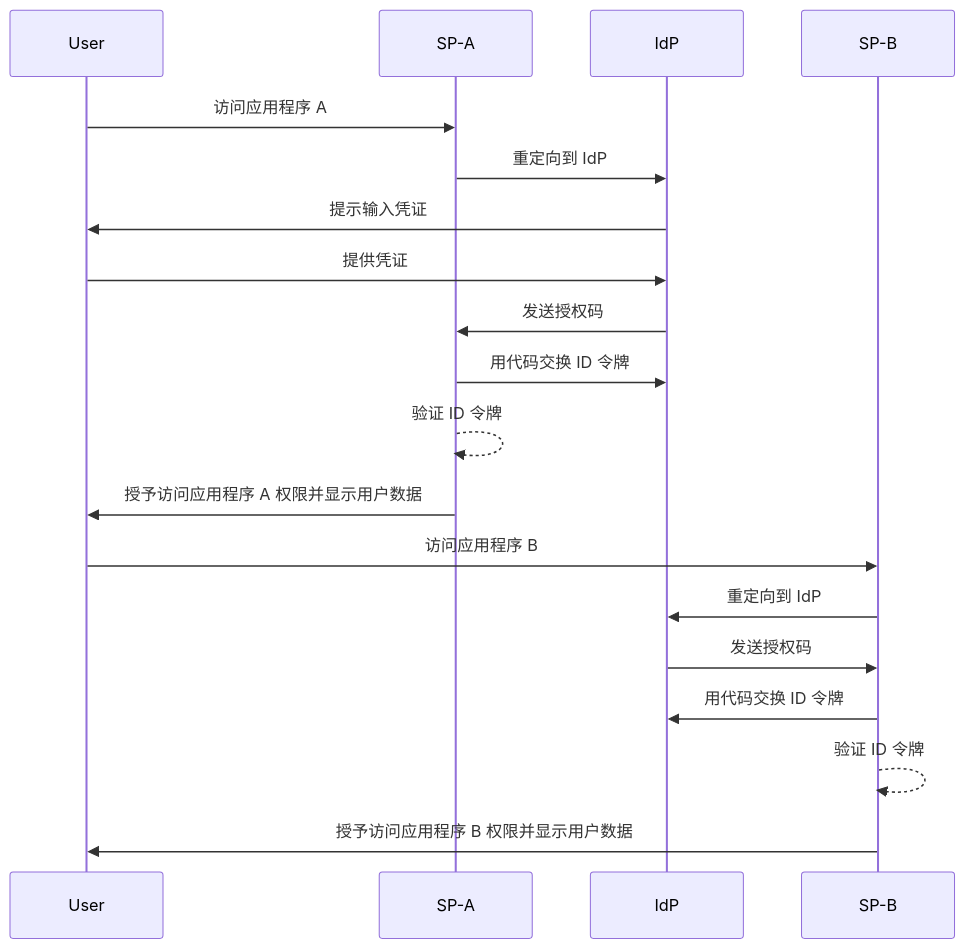
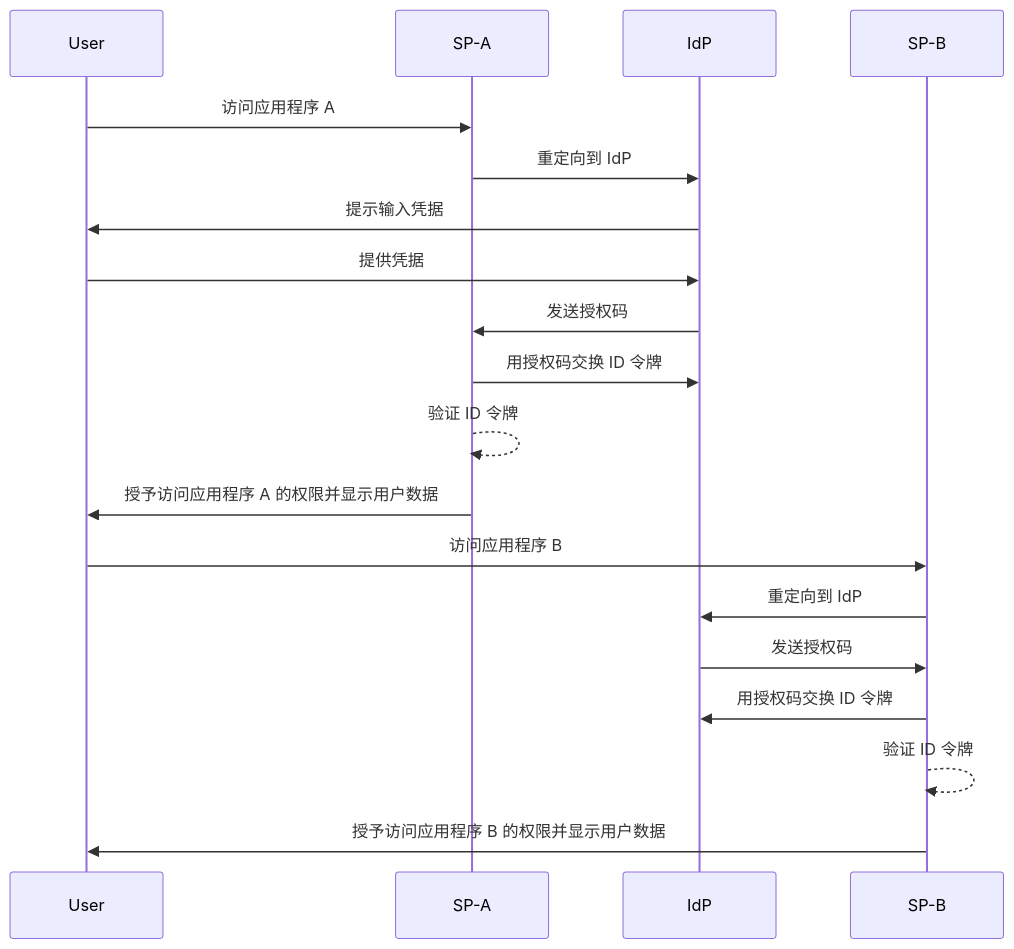
One commit to logto-io/auth-wiki changed the second of 2 diagrams in src/content/terms/zh/single-sign-on.mdx. Above: the diagram before and after it, drawn with Mermaid. The commit also changed other lines of this file and 8 other files, not shown here.

````diff
--- a/src/content/terms/zh/single-sign-on.mdx
+++ b/src/content/terms/zh/single-sign-on.mdx
@@ -54,22 +56,22 @@
 ```mermaid
 sequenceDiagram
     participant User
     participant SP-A
     participant IdP
     participant SP-B
 
     User->>SP-A: 访问应用程序 A
     SP-A->>IdP: 重定向到 IdP
-    IdP->>User: 提示输入凭证
-    User->>IdP: 提供凭证
+    IdP->>User: 提示输入凭据
+    User->>IdP: 提供凭据
     IdP->>SP-A: 发送授权码
-    SP-A->>IdP: 用代码交换 ID 令牌
+    SP-A->>IdP: 用授权码交换 ID 令牌
     SP-A-->>SP-A: 验证 ID 令牌
-    SP-A->>User: 授予访问应用程序 A 权限并显示用户数据
+    SP-A->>User: 授予访问应用程序 A 的权限并显示用户数据
     User->>SP-B: 访问应用程序 B
     SP-B->>IdP: 重定向到 IdP
     IdP->>SP-B: 发送授权码
-    SP-B->>IdP: 用代码交换 ID 令牌
+    SP-B->>IdP: 用授权码交换 ID 令牌
     SP-B-->>SP-B: 验证 ID 令牌
-    SP-B->>User: 授予访问应用程序 B 权限并显示用户数据
+    SP-B->>User: 授予访问应用程序 B 的权限并显示用户数据
 ```
````
